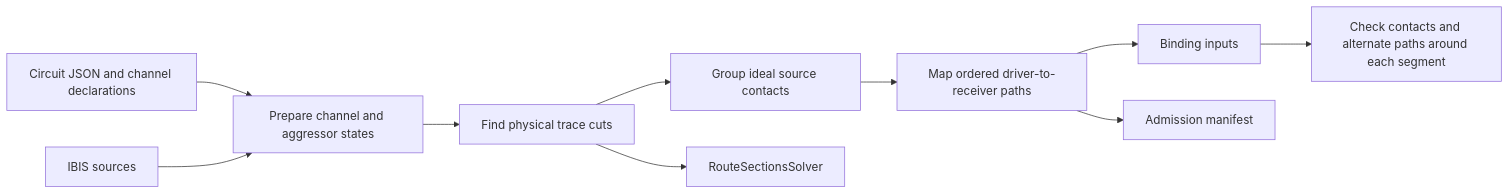
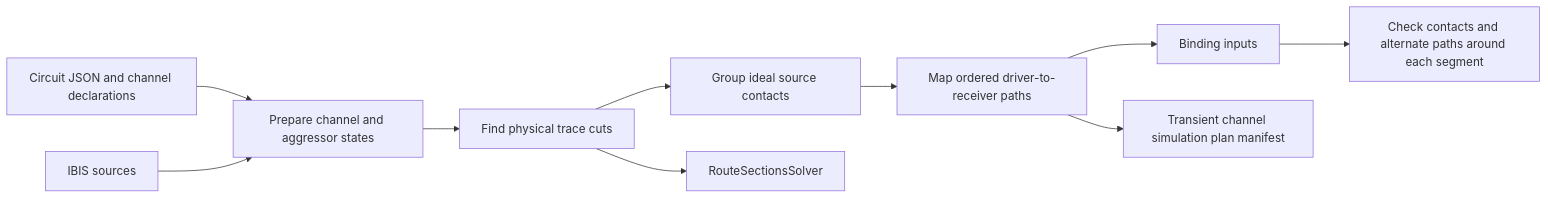
The first of 2 diagrams in docs/ARCHITECTURE.md (draarivpatel-ui/signal-integrity-pipeline), drawn with Mermaid before and after one commit. The commit also changed other lines of this file and 2 other files, not shown here.

Commit message:
Use transient channel simulation plan naming in #101

````diff
--- a/docs/ARCHITECTURE.md
+++ b/docs/ARCHITECTURE.md
@@ -16,12 +16,12 @@
 ```mermaid
 flowchart LR
   board["Circuit JSON and channel declarations"] --> prepare["Prepare channel and aggressor states"]
   ibis["IBIS sources"] --> prepare
   prepare --> cuts["Find physical trace cuts"]
   cuts --> groups["Group ideal source contacts"]
   groups --> paths["Map ordered driver-to-receiver paths"]
   cuts --> sections["RouteSectionsSolver"]
   paths --> bindings["Binding inputs"]
   bindings --> checks["Check contacts and alternate paths around each segment"]
-  paths --> manifest["Admission manifest"]
+  paths --> manifest["Transient channel simulation plan manifest"]
 ```
````
